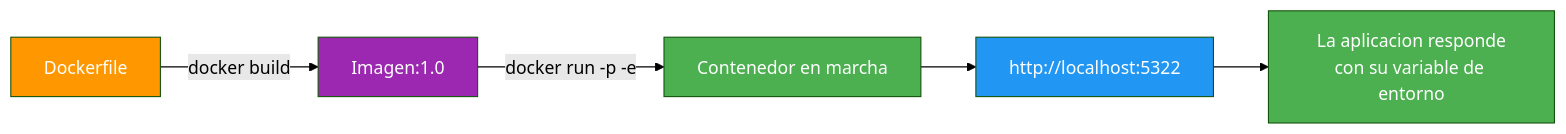
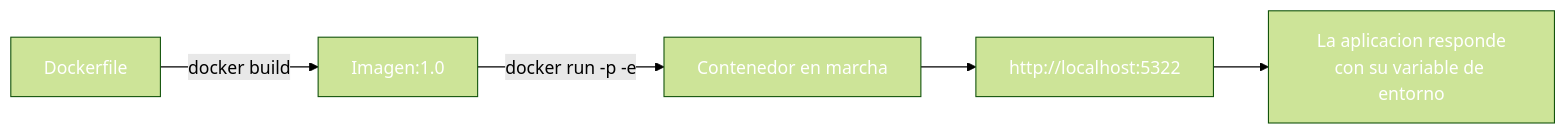
Before and after one commit to joseluisgs/DesarrolloWebEntornosServidor-03-2026-2027: the fourth of 6 diagrams in 25-docker-despliegue.md, drawn with Mermaid (forest theme). The commit also changed other lines of this file and 30 other files, not shown here.

````diff
--- a/25-docker-despliegue.md
+++ b/25-docker-despliegue.md
@@ -175,12 +175,12 @@
 ```mermaid
 graph LR
     D["Dockerfile"] -->|docker build| I["Imagen:1.0"]
     I -->|docker run -p -e| C["Contenedor en marcha"]
     C --> P["http://localhost:5322"]
     P --> R["La aplicacion responde<br/>con su variable de entorno"]
-    style D fill:#FF9800,color:#fff
-    style I fill:#9C27B0,color:#fff
-    style C fill:#4CAF50,color:#fff
-    style P fill:#2196F3,color:#fff
-    style R fill:#4CAF50,color:#fff
+    style D fill:#FF980,color:#fff0,color:#fff
+    style I fill:#9C27B,color:#fff0,color:#fff
+    style C fill:#4CAF5,color:#fff0,color:#fff
+    style P fill:#2196F,color:#fff3,color:#fff
+    style R fill:#4CAF5,color:#fff0,color:#fff
 ```
````
